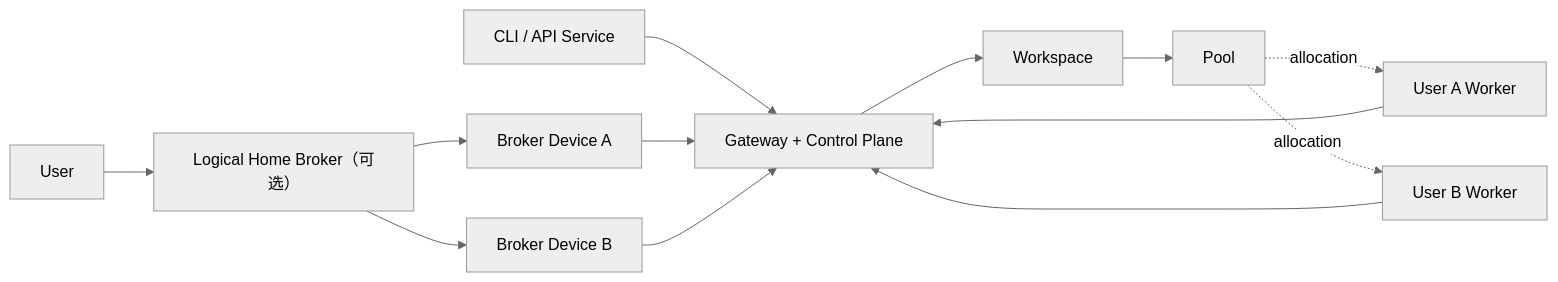
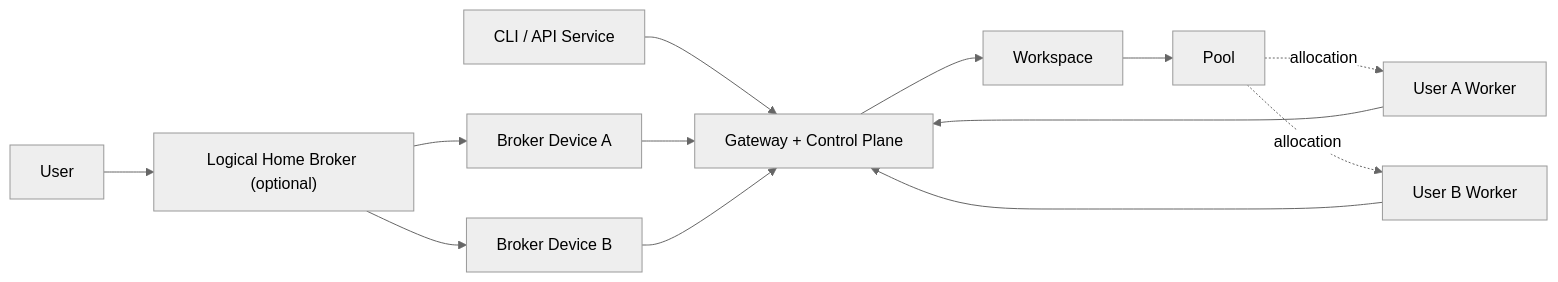
The diagram in docs/developer-guide.md (deofly/vgen), drawn with Mermaid (neutral theme) before and after one commit. The commit also changed other lines of this file and 10 other files, not shown here.

````diff
--- a/docs/developer-guide.md
+++ b/docs/developer-guide.md
@@ -16,15 +22,15 @@
 ```mermaid
 flowchart LR
-  U["User"] --> LB["Logical Home Broker（可选）"]
+  U["User"] --> LB["Logical Home Broker (optional)"]
   LB --> BD1["Broker Device A"]
   LB --> BD2["Broker Device B"]
   CLI["CLI / API Service"] --> G["Gateway + Control Plane"]
   BD1 --> G
   BD2 --> G
   W1["User A Worker"] --> G
   W2["User B Worker"] --> G
   G --> WS["Workspace"]
   WS --> P["Pool"]
   P -.allocation.-> W1
   P -.allocation.-> W2
 ```
````
